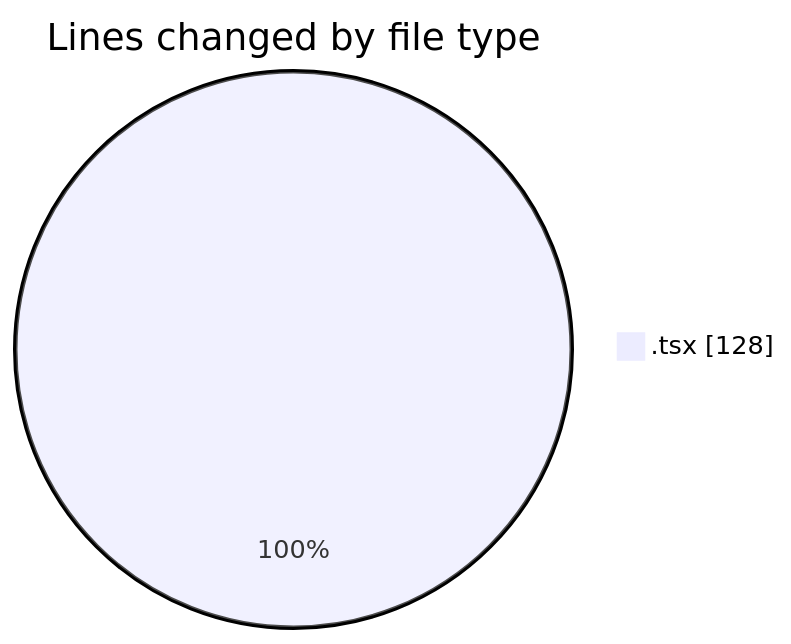
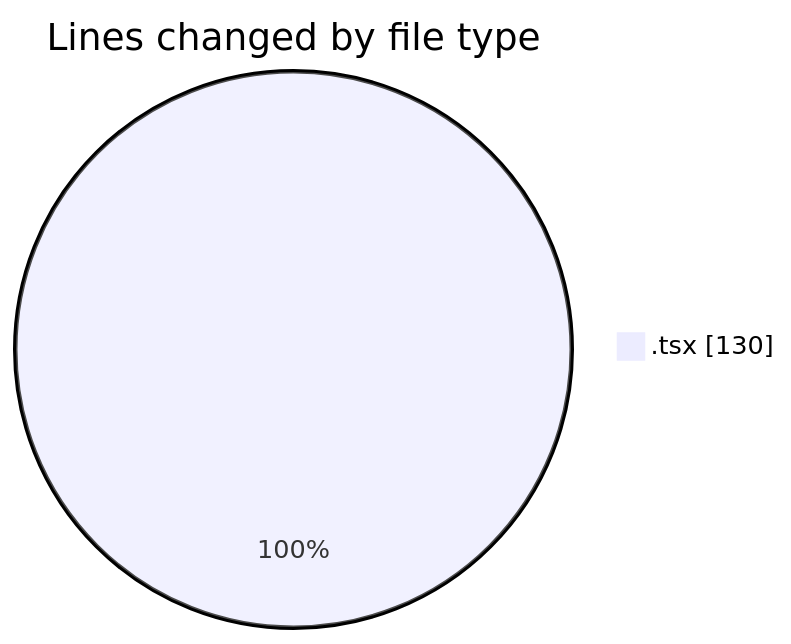
One commit to nxtqubesakshisongat/code-tracking changed the first of 2 diagrams in 2026-07-10/nxtqube_webapp/README.md. Above: the diagram before and after it, drawn with Mermaid. The commit also changed other lines of this file and 1 other file, not shown here.

````diff
--- a/2026-07-10/nxtqube_webapp/README.md
+++ b/2026-07-10/nxtqube_webapp/README.md
@@ -21,5 +22,5 @@
 ```mermaid
 pie showData
 title Lines changed by file type
-".tsx" : 128
+".tsx" : 130
 ```
````
